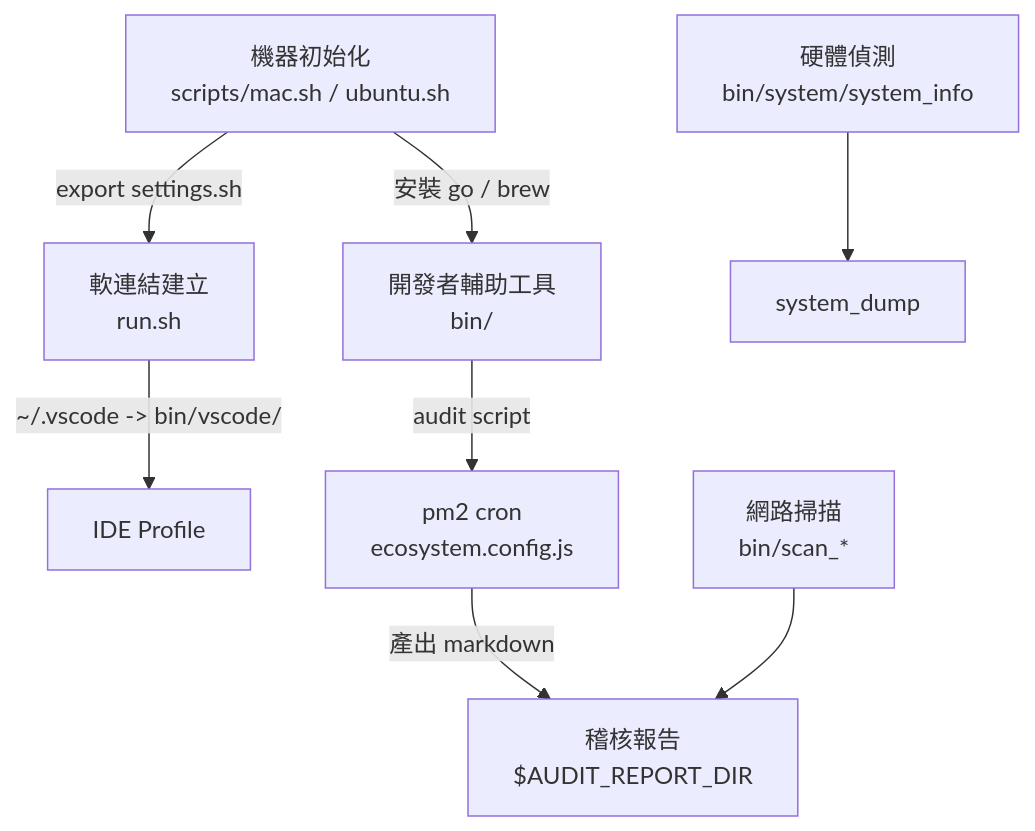
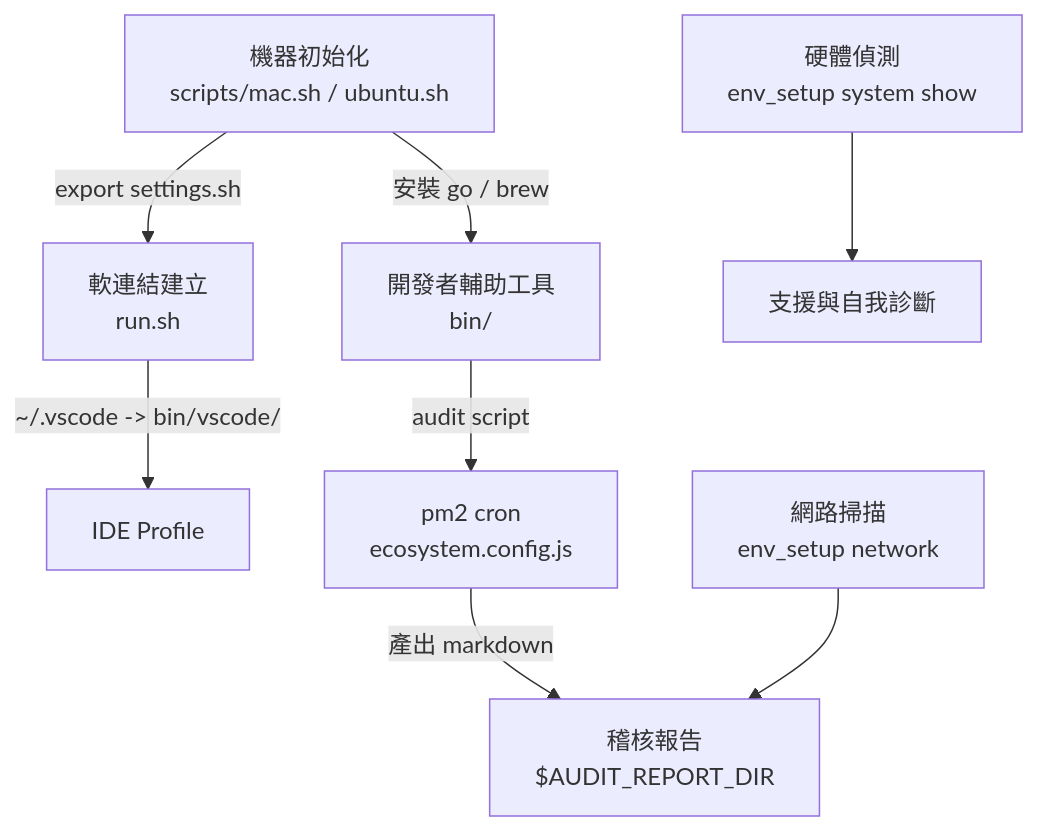
Before and after one commit to BizShuk/env_setup: the diagram in README.md, drawn with Mermaid. The commit also changed other lines of this file and 149 other files, not shown here.

````diff
--- a/README.md
+++ b/README.md
@@ -121,10 +137,10 @@
 ```mermaid
 flowchart TD
     Bootstrap["機器初始化<br/>scripts/mac.sh / ubuntu.sh"] -->|"export settings.sh"| Symlink["軟連結建立<br/>run.sh"]
     Bootstrap -->|"安裝 go / brew"| Helpers["開發者輔助工具<br/>bin/<tool>"]
     Symlink -->|"~/.vscode -> bin/vscode/"| IDE["IDE Profile"]
     Helpers -->|"audit script"| Cron["pm2 cron<br/>ecosystem.config.js"]
     Cron -->|"產出 markdown"| Reports["稽核報告<br/>$AUDIT_REPORT_DIR"]
-    Hardware["硬體偵測<br/>bin/system/system_info"] --> SysDump["system_dump"]
-    Network["網路掃描<br/>bin/scan_*"] --> Reports
+    Hardware["硬體偵測<br/>env_setup system show"] --> Support["支援與自我診斷"]
+    Network["網路掃描<br/>env_setup network"] --> Reports
 ```
````
